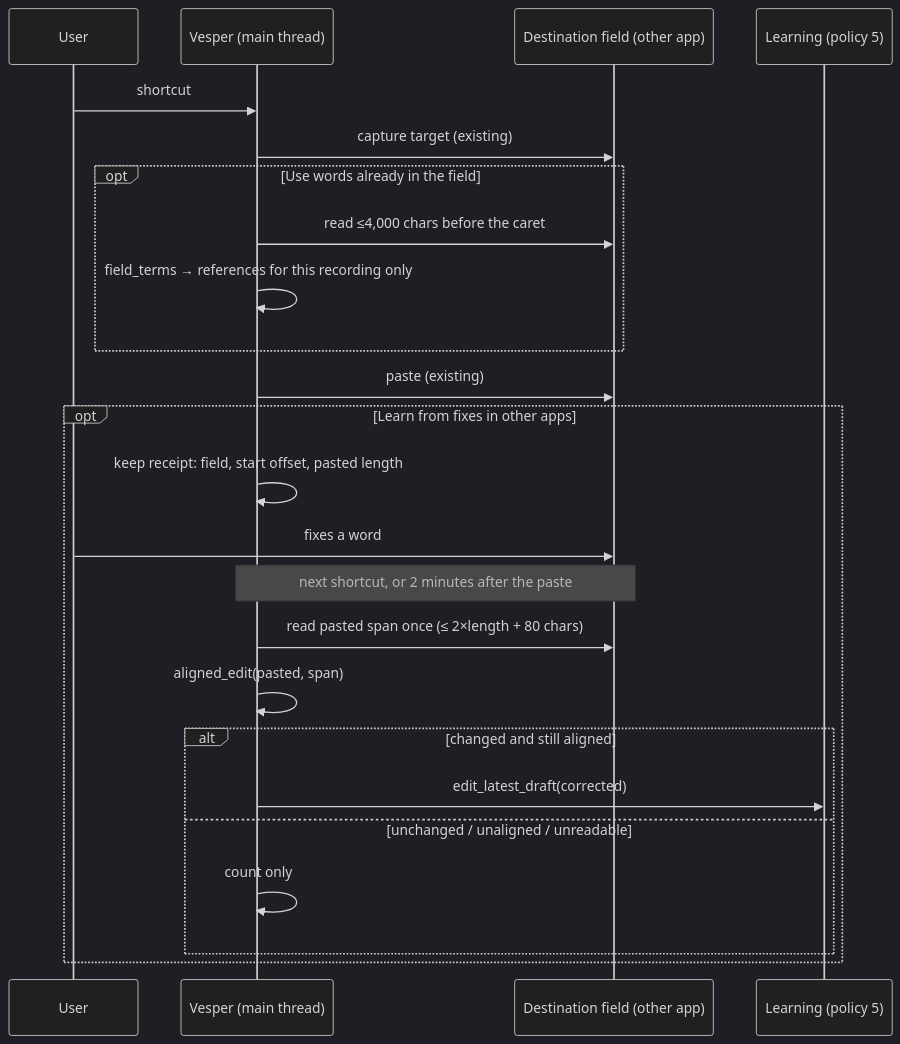
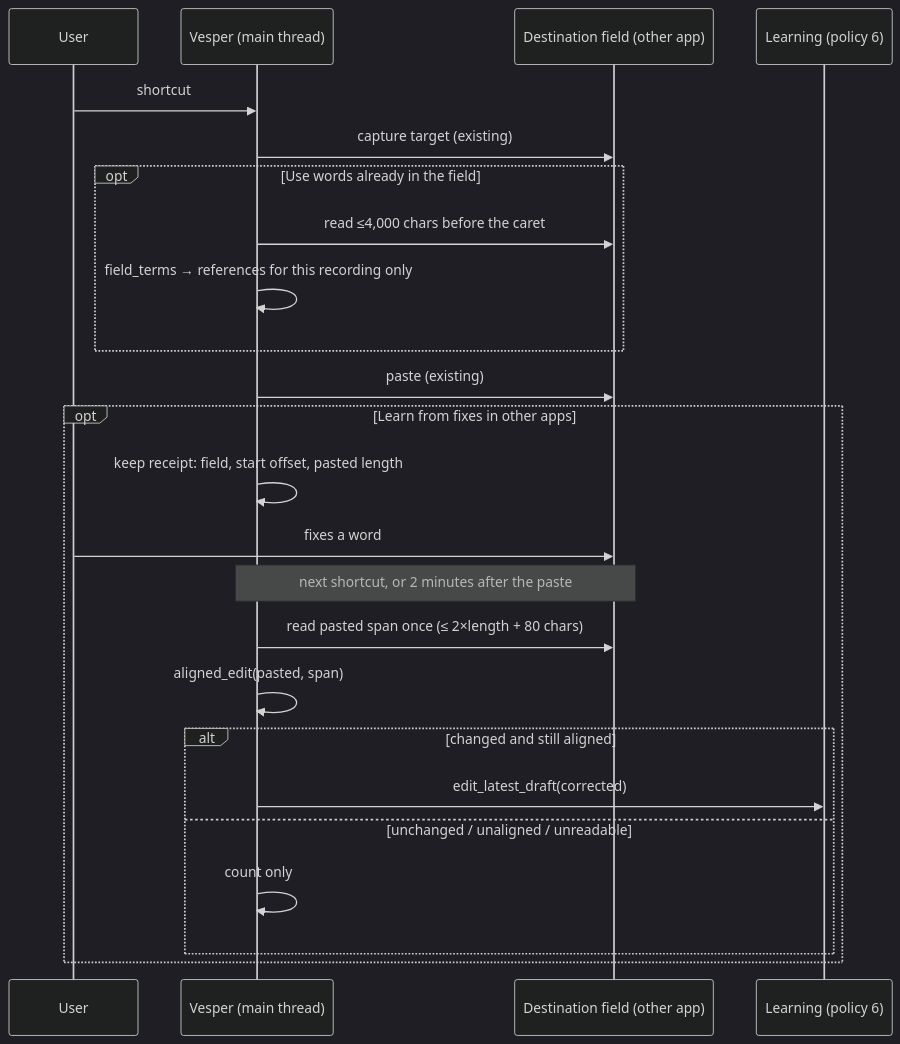
The diagram in docs/personalization/app-learning.md (rahulsharmavishwakarma/vesper), drawn with Mermaid (dark theme) before and after one commit. The commit also changed other lines of this file and 14 other files, not shown here.

First line of the commit message:
docs: learning pages match policy 6 and the removed folder opt-in

````diff
--- a/docs/personalization/app-learning.md
+++ b/docs/personalization/app-learning.md
@@ -7,26 +7,26 @@
 ```mermaid
 sequenceDiagram
   participant U as User
   participant V as Vesper (main thread)
   participant F as Destination field (other app)
-  participant L as Learning (policy 5)
+  participant L as Learning (policy 6)
   U->>V: shortcut
   V->>F: capture target (existing)
   opt Use words already in the field
     V->>F: read ≤4,000 chars before the caret
     V->>V: field_terms → references for this recording only
   end
   V->>F: paste (existing)
   opt Learn from fixes in other apps
     V->>V: keep receipt: field, start offset, pasted length
     U->>F: fixes a word
     Note over V,F: next shortcut, or 2 minutes after the paste
     V->>F: read pasted span once (≤ 2×length + 80 chars)
     V->>V: aligned_edit(pasted, span)
     alt changed and still aligned
       V->>L: edit_latest_draft(corrected)
     else unchanged / unaligned / unreadable
       V->>V: count only
     end
   end
 ```
````
